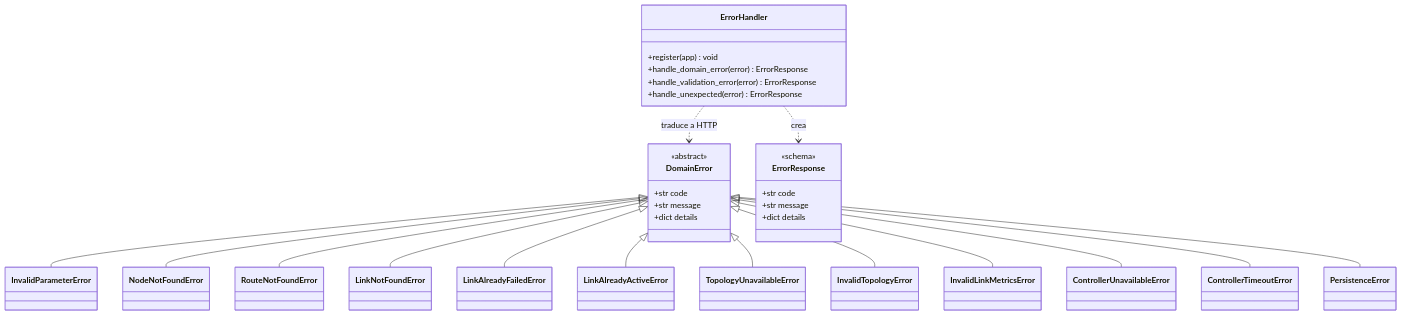
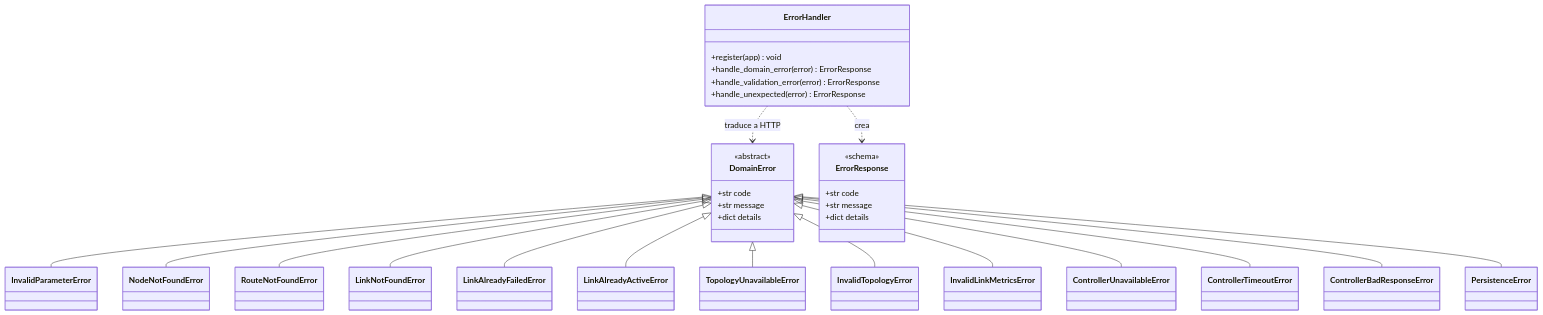
The fourth of 4 diagrams in Informatica3/Informatica3/02-static-architecture.md (davidkordonez-sketch/informatica-t), drawn with Mermaid before and after one commit. The commit also changed other lines of this file and 5 other files, not shown here.

````diff
--- a/Informatica3/Informatica3/02-static-architecture.md
+++ b/Informatica3/Informatica3/02-static-architecture.md
@@ -314,59 +390,61 @@
 ```mermaid
 classDiagram
     direction TB
 
     %% Base común: cada excepción lleva el código y los detalles del JSON de error (formato único de 01 §7)
     class DomainError {
         <<abstract>>
         +str code
         +str message
         +dict details
     }
 
     %% Controller (controller/exceptions.py)
     class InvalidParameterError
     class NodeNotFoundError
     class RouteNotFoundError
     class LinkNotFoundError
     class LinkAlreadyFailedError
     class LinkAlreadyActiveError
     class TopologyUnavailableError
     class InvalidTopologyError
     class InvalidLinkMetricsError
 
     %% Router (router/exceptions.py)
     %% InvalidParameterError, NodeNotFoundError y RouteNotFoundError también existen aquí:
     %% HttpControllerClient los lanza al traducir las respuestas del Controller
     class ControllerUnavailableError
     class ControllerTimeoutError
+    class ControllerBadResponseError
     class PersistenceError
 
     class ErrorHandler {
         +register(app) void
         +handle_domain_error(error) ErrorResponse
         +handle_validation_error(error) ErrorResponse
         +handle_unexpected(error) ErrorResponse
     }
     class ErrorResponse {
         <<schema>>
         +str code
         +str message
         +dict details
     }
 
     DomainError <|-- InvalidParameterError
     DomainError <|-- NodeNotFoundError
     DomainError <|-- RouteNotFoundError
     DomainError <|-- LinkNotFoundError
     DomainError <|-- LinkAlreadyFailedError
     DomainError <|-- LinkAlreadyActiveError
     DomainError <|-- TopologyUnavailableError
     DomainError <|-- InvalidTopologyError
     DomainError <|-- InvalidLinkMetricsError
     DomainError <|-- ControllerUnavailableError
     DomainError <|-- ControllerTimeoutError
+    DomainError <|-- ControllerBadResponseError
     DomainError <|-- PersistenceError
 
     ErrorHandler ..> DomainError : traduce a HTTP
     ErrorHandler ..> ErrorResponse : crea
 ```
````
